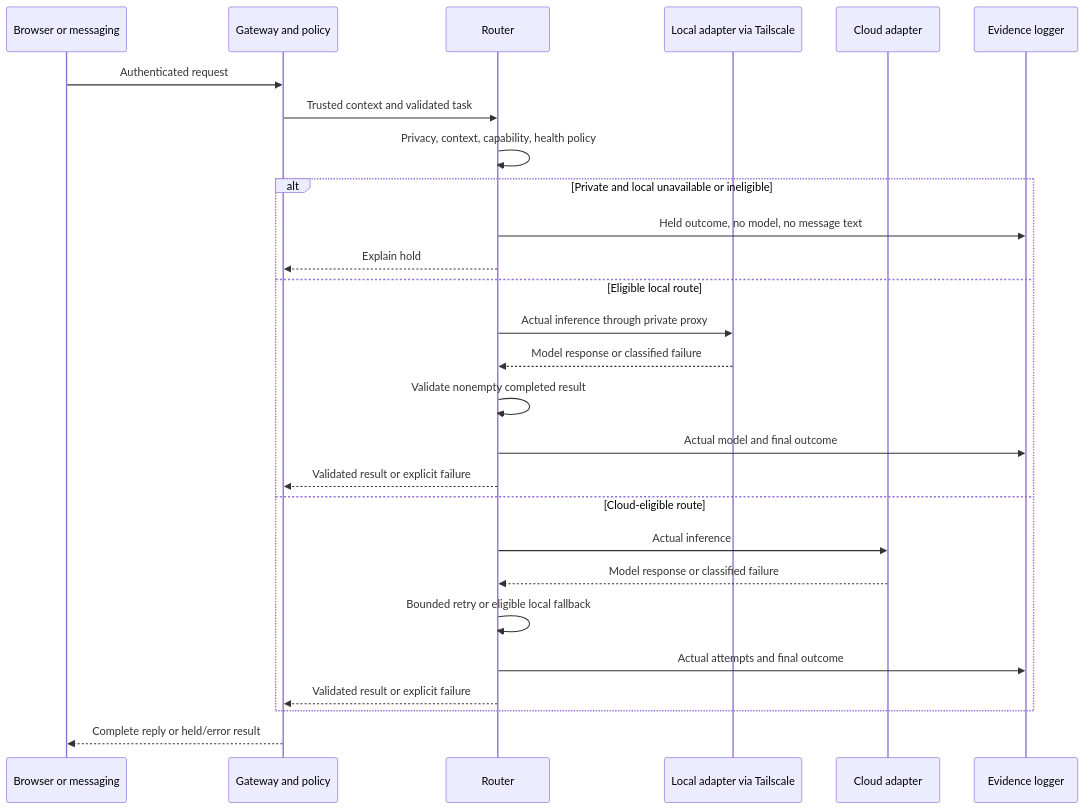
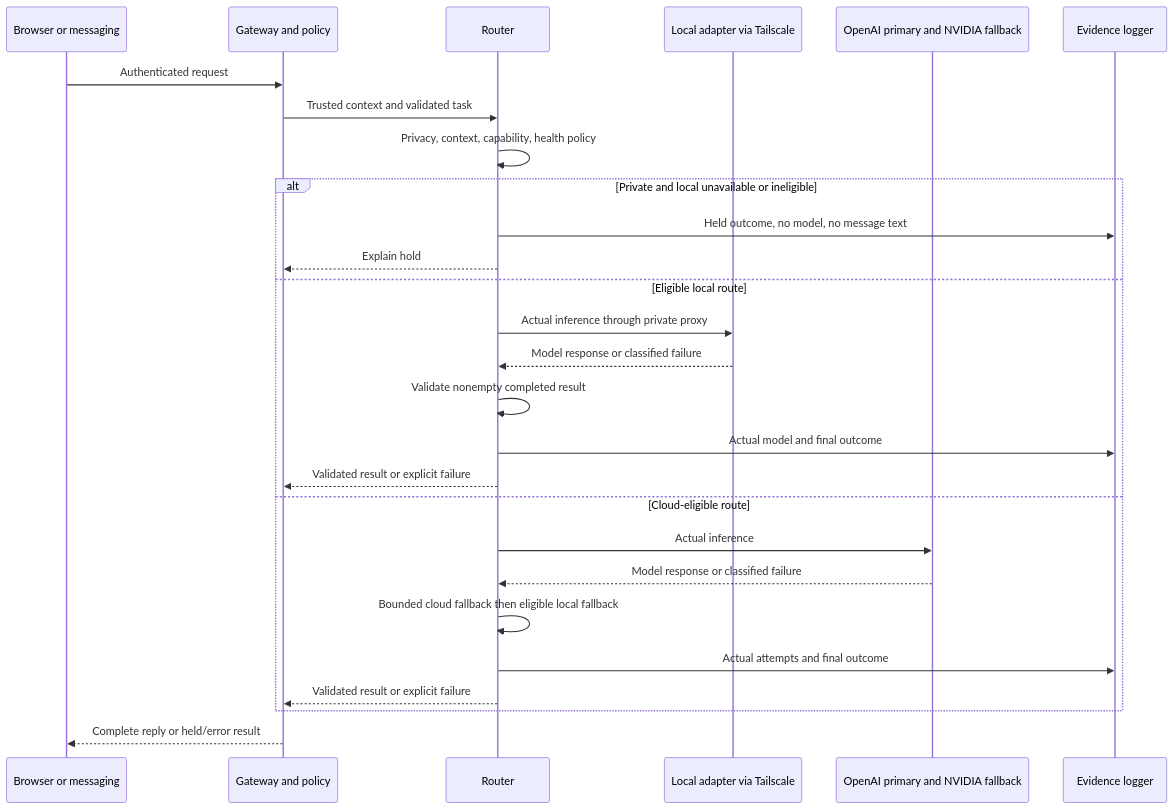
One commit to Arya-Wadhwani07/personal_agent changed the second of 5 diagrams in agent_docs/ARCHITECTURE.md. Above: the diagram before and after it, drawn with Mermaid. The commit also changed other lines of this file and 9 other files, not shown here.

````diff
--- a/agent_docs/ARCHITECTURE.md
+++ b/agent_docs/ARCHITECTURE.md
@@ -160,29 +167,29 @@
 ```mermaid
 sequenceDiagram
     participant I as Browser or messaging
     participant G as Gateway and policy
     participant R as Router
     participant L as Local adapter via Tailscale
-    participant C as Cloud adapter
+    participant C as OpenAI primary and NVIDIA fallback
     participant E as Evidence logger
     I->>G: Authenticated request
     G->>R: Trusted context and validated task
     R->>R: Privacy, context, capability, health policy
     alt Private and local unavailable or ineligible
         R->>E: Held outcome, no model, no message text
         R-->>G: Explain hold
     else Eligible local route
         R->>L: Actual inference through private proxy
         L-->>R: Model response or classified failure
         R->>R: Validate nonempty completed result
         R->>E: Actual model and final outcome
         R-->>G: Validated result or explicit failure
     else Cloud-eligible route
         R->>C: Actual inference
         C-->>R: Model response or classified failure
-        R->>R: Bounded retry or eligible local fallback
+        R->>R: Bounded cloud fallback then eligible local fallback
         R->>E: Actual attempts and final outcome
         R-->>G: Validated result or explicit failure
     end
     G-->>I: Complete reply or held/error result
 ```
````
